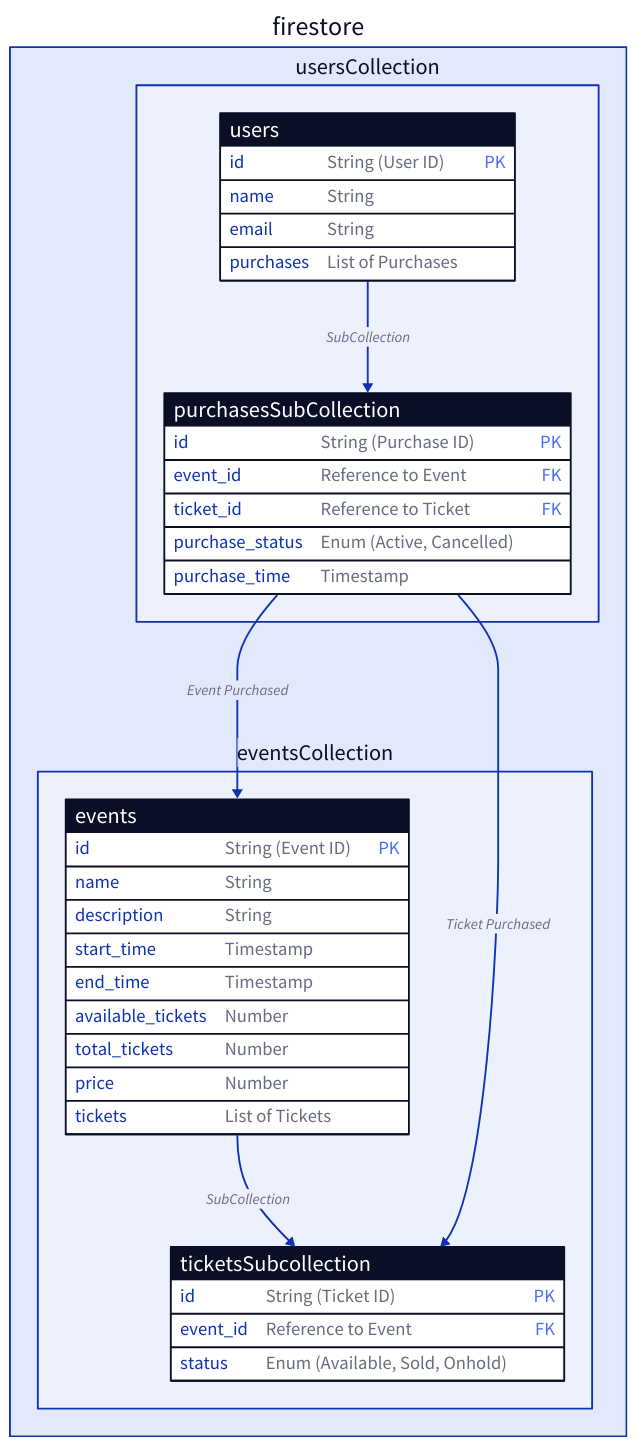
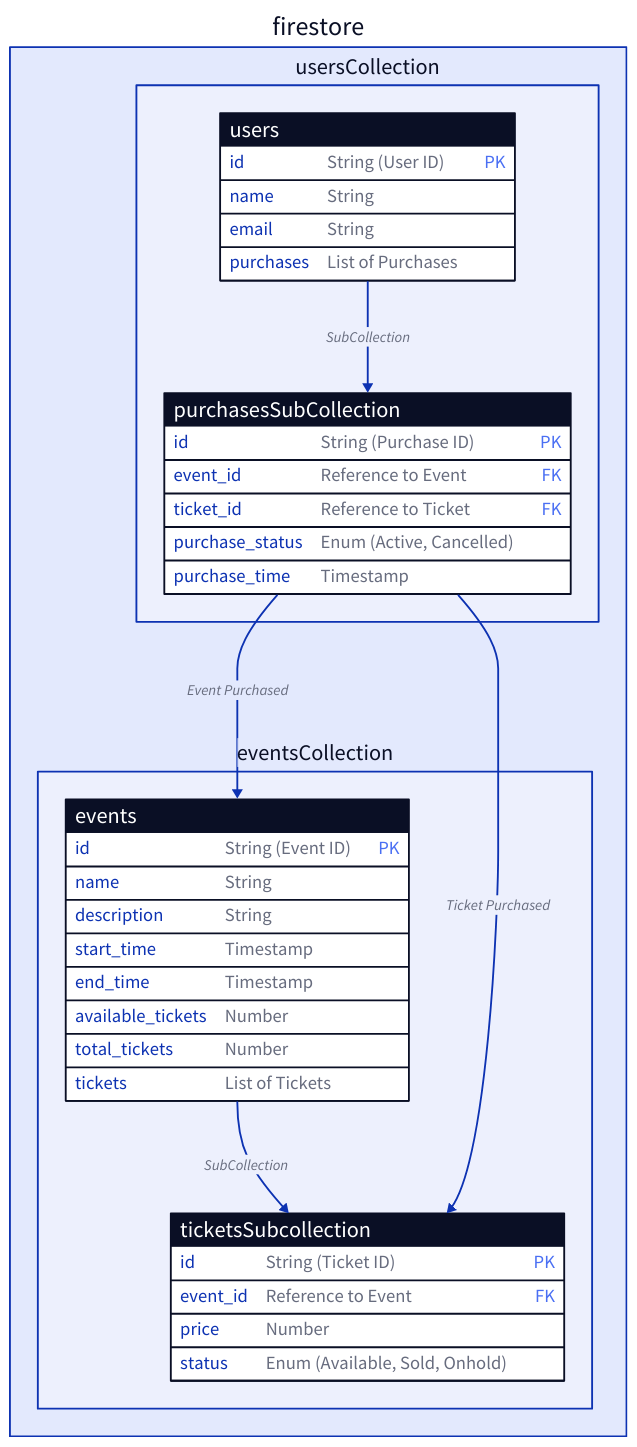
Before and after one commit to malikalbeik/Carv-Coding-Challenge: the diagram in architecture/data-model.d2, drawn with D2. The commit also changed other lines of this file and 9 other files, not shown here.

```diff
--- a/architecture/data-model.d2
+++ b/architecture/data-model.d2
@@ -1,46 +1,46 @@
 firestore: {
   eventsCollection: {
     events: {
       shape: sql_table
       id: "String (Event ID)" {constraint: primary_key}
       name: "String"
       description: "String"
       start_time: "Timestamp"
       end_time: "Timestamp"
       available_tickets: "Number"
       total_tickets: "Number"
-      price: "Number"
       tickets: "List of Tickets"
     }
 
     ticketsSubcollection: {
       shape: sql_table
       id: "String (Ticket ID)" {constraint: primary_key}
       event_id: "Reference to Event" {constraint: foreign_key}
+      price: "Number"
       status: "Enum (Available, Sold, Onhold)"
     }
   }
 
   usersCollection: {
     users: {
       shape: sql_table
       id: "String (User ID)" {constraint: primary_key}
       name: "String"
       email: "String"
       purchases: "List of Purchases"
     }
     purchasesSubCollection: {
       shape: sql_table
       id: "String (Purchase ID)" {constraint: primary_key}
       event_id: "Reference to Event" {constraint: foreign_key}
       ticket_id: "Reference to Ticket" {constraint: foreign_key}
       purchase_status: "Enum (Active, Cancelled)"
       purchase_time: "Timestamp"
     }
   }
 }
 
 firestore.eventsCollection.events.tickets -> firestore.eventsCollection.ticketsSubcollection: "SubCollection"
 firestore.usersCollection.users.purchases -> firestore.usersCollection.purchasesSubCollection: "SubCollection"
 firestore.usersCollection.purchasesSubCollection.event_id -> firestore.eventsCollection.events: "Event Purchased"
 firestore.usersCollection.purchasesSubCollection.ticket_id -> firestore.eventsCollection.ticketsSubcollection: "Ticket Purchased"
```
